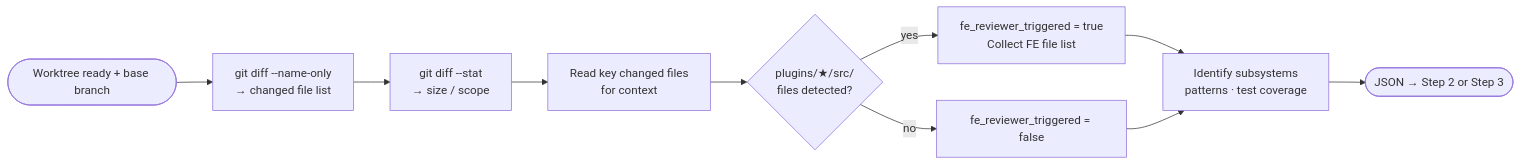
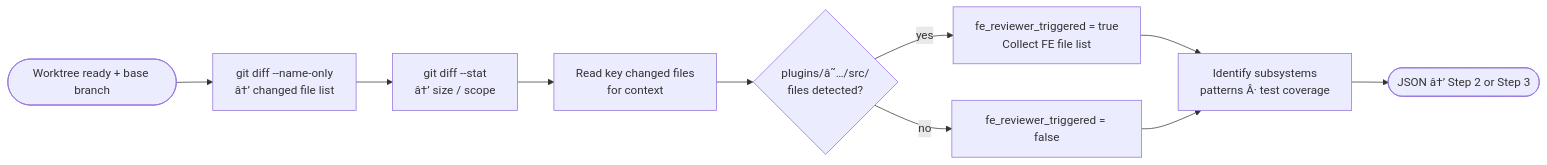
The diagram in ai-workspace/review-lifecycle/step-A-researcher.md (MrKimBao/dev-lifecycle-agents), drawn with Mermaid before and after one commit. The commit also changed other lines of this file and 19 other files, not shown here.

````diff
--- a/ai-workspace/review-lifecycle/step-A-researcher.md
+++ b/ai-workspace/review-lifecycle/step-A-researcher.md
@@ -33,12 +33,12 @@
 ```mermaid
 flowchart LR
     IN([Worktree ready + base branch]) --> S1
-    S1[git diff --name-only\n→ changed file list] --> S2
-    S2[git diff --stat\n→ size / scope] --> S3
+    S1[git diff --name-only\nâ†’ changed file list] --> S2
+    S2[git diff --stat\nâ†’ size / scope] --> S3
     S3[Read key changed files\nfor context] --> S4
-    S4{plugins/★/src/\nfiles detected?}
+    S4{plugins/â˜…/src/\nfiles detected?}
     S4 -->|yes| S5a[fe_reviewer_triggered = true\nCollect FE file list]
     S4 -->|no| S5b[fe_reviewer_triggered = false]
     S5a & S5b --> S6
-    S6[Identify subsystems\npatterns · test coverage] --> OUT([JSON → Step 2 or Step 3])
+    S6[Identify subsystems\npatterns Â· test coverage] --> OUT([JSON â†’ Step 2 or Step 3])
 ```
````
